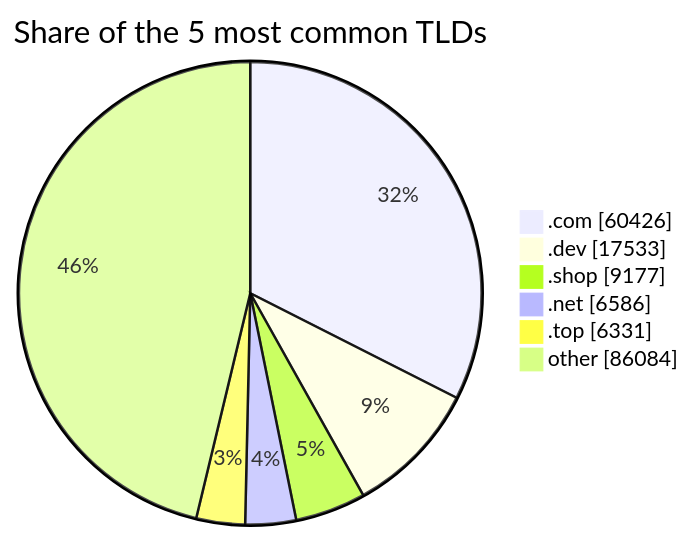
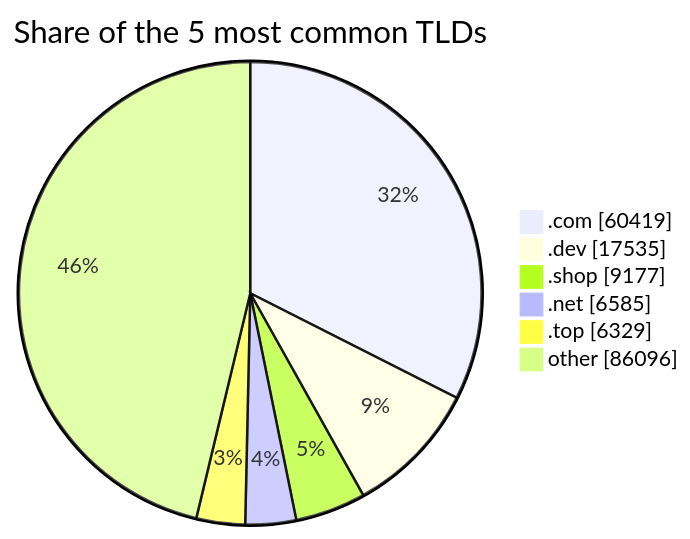
One commit to DNSBunker/CTI changed the third of 3 diagrams in README.md. Above: the diagram before and after it, drawn with Mermaid. The commit also changed other lines of this file and 3 other files, not shown here.

````diff
--- a/README.md
+++ b/README.md
@@ -81,9 +81,9 @@
 ```mermaid
 pie showData title Share of the 5 most common TLDs
-    ".com" : 60426
-    ".dev" : 17533
+    ".com" : 60419
+    ".dev" : 17535
     ".shop" : 9177
-    ".net" : 6586
-    ".top" : 6331
-    "other" : 86084
+    ".net" : 6585
+    ".top" : 6329
+    "other" : 86096
 ```
````
